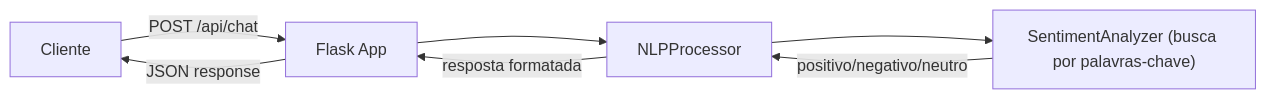
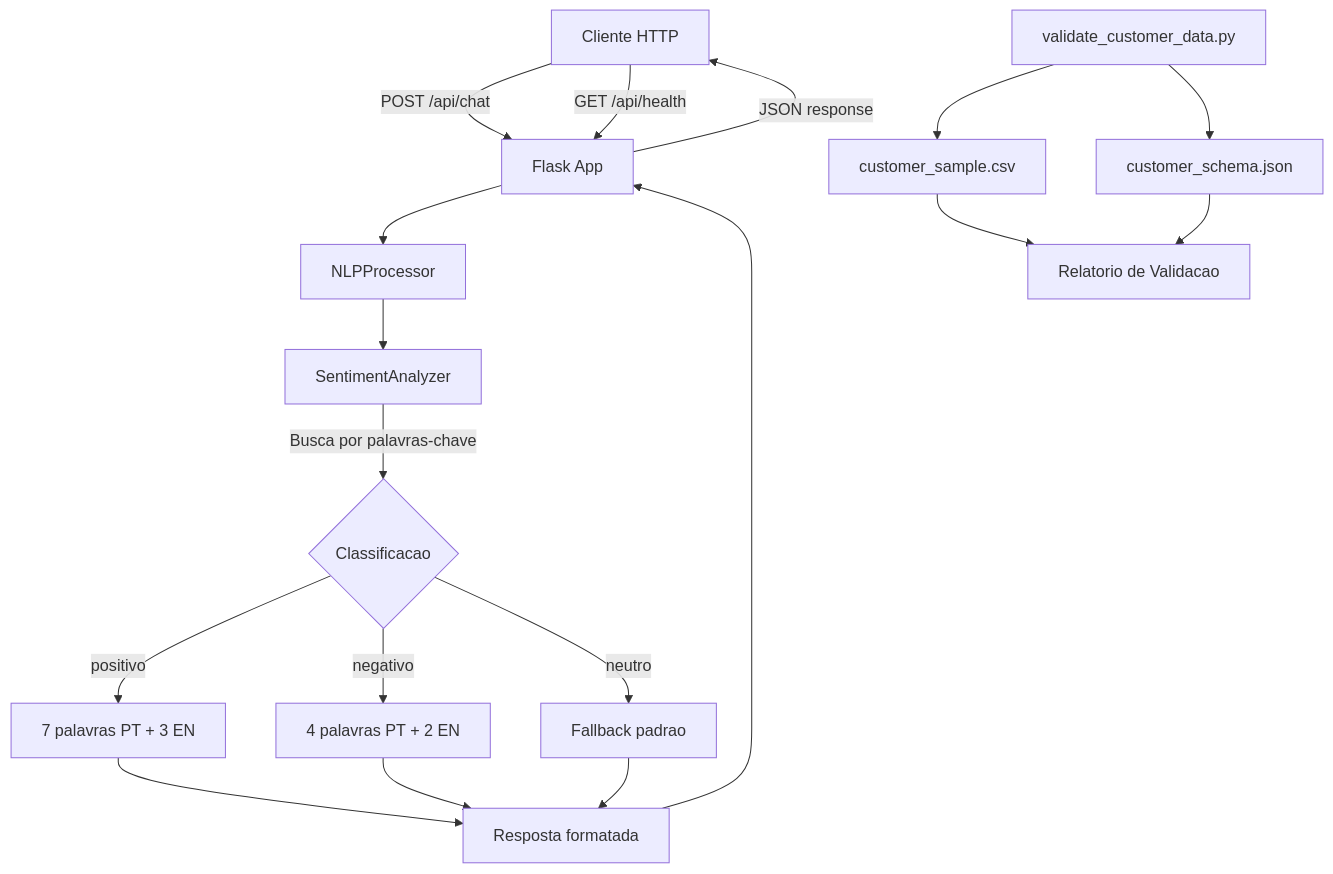
The first of 4 diagrams in README.md (galafis/Conversational-AI-Platform), drawn with Mermaid before and after one commit. The commit also changed other lines of this file and 4 other files, not shown here.

````diff
--- a/README.md
+++ b/README.md
@@ -45,9 +42,21 @@
 ```mermaid
-graph LR
-    Cliente -->|POST /api/chat| Flask[Flask App]
-    Flask --> NLPProcessor
-    NLPProcessor --> SentimentAnalyzer["SentimentAnalyzer (busca por palavras-chave)"]
-    SentimentAnalyzer -->|positivo/negativo/neutro| NLPProcessor
-    NLPProcessor -->|resposta formatada| Flask
-    Flask -->|JSON response| Cliente
+graph TD
+    A[Cliente HTTP] -->|POST /api/chat| B[Flask App]
+    A -->|GET /api/health| B
+    B --> C[NLPProcessor]
+    C --> D[SentimentAnalyzer]
+    D -->|Busca por palavras-chave| E{Classificacao}
+    E -->|positivo| F[7 palavras PT + 3 EN]
+    E -->|negativo| G[4 palavras PT + 2 EN]
+    E -->|neutro| H[Fallback padrao]
+    F --> I[Resposta formatada]
+    G --> I
+    H --> I
+    I --> B
+    B -->|JSON response| A
+
+    J[validate_customer_data.py] --> K[customer_sample.csv]
+    J --> L[customer_schema.json]
+    K --> M[Relatorio de Validacao]
+    L --> M
 ```
````
